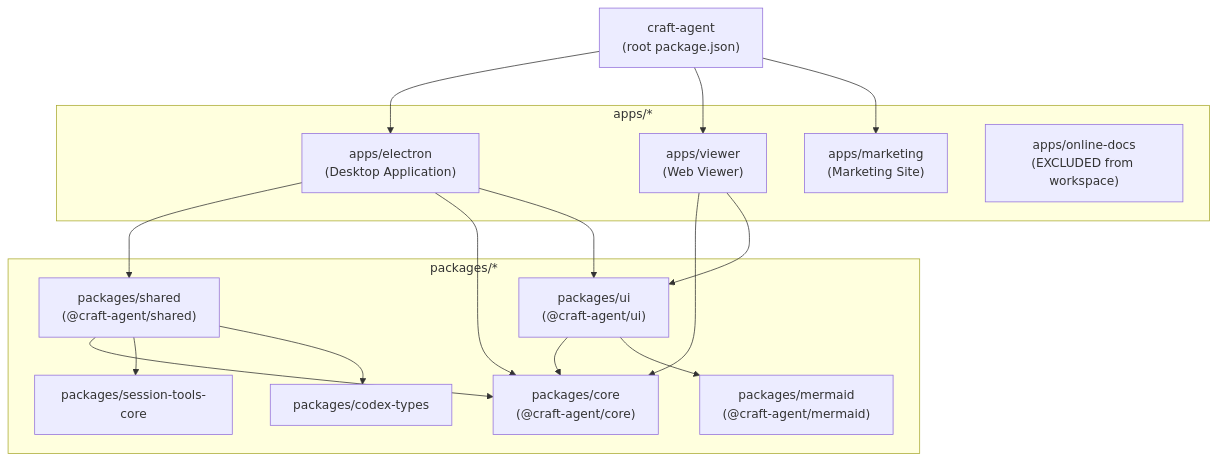
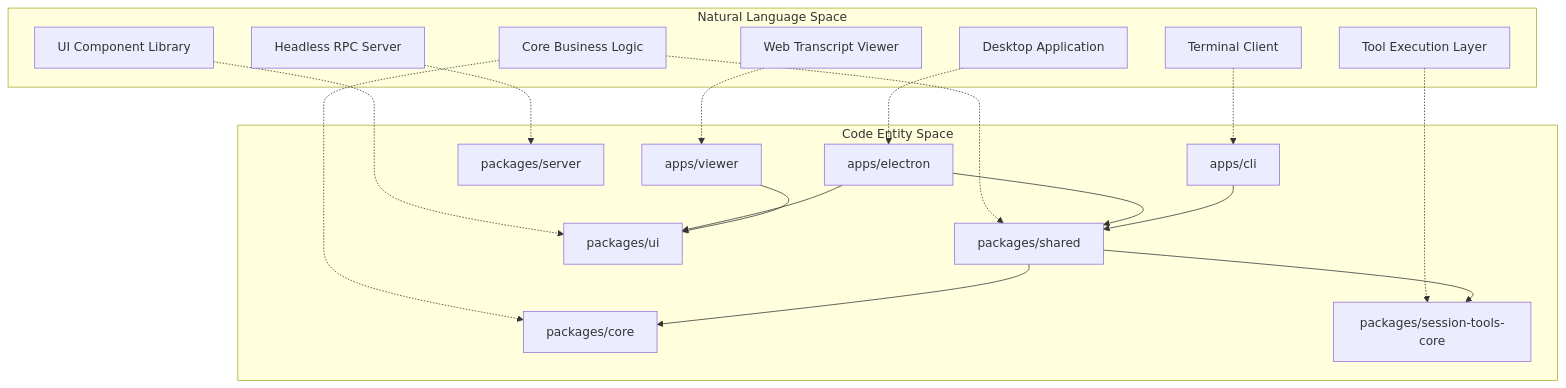
The first of 2 diagrams in docs/lukilabs_craft-agents-oss/development-guide/index.md (blackcater/zentree), drawn with Mermaid before and after one commit. The commit also changed other lines of this file and 232 other files, not shown here.

````diff
--- a/docs/lukilabs_craft-agents-oss/development-guide/index.md
+++ b/docs/lukilabs_craft-agents-oss/development-guide/index.md
@@ -39,38 +45,39 @@
 ```mermaid
 graph TB
-    Root["craft-agent<br/>(root package.json)"]
-
-    subgraph apps ["apps/*"]
-        Electron["apps/electron<br/>(Desktop Application)"]
-        Viewer["apps/viewer<br/>(Web Viewer)"]
-        Marketing["apps/marketing<br/>(Marketing Site)"]
-        OnlineDocs["apps/online-docs<br/>(EXCLUDED from workspace)"]
+    subgraph "Natural Language Space"
+        DesktopApp["Desktop Application"]
+        WebViewer["Web Transcript Viewer"]
+        HeadlessServer["Headless RPC Server"]
+        SharedLogic["Core Business Logic"]
+        UIComponents["UI Component Library"]
+        SessionTools["Tool Execution Layer"]
+        CLITool["Terminal Client"]
     end
 
-    subgraph packages ["packages/*"]
-        Core["packages/core<br/>(@craft-agent/core)"]
-        Shared["packages/shared<br/>(@craft-agent/shared)"]
-        UI["packages/ui<br/>(@craft-agent/ui)"]
-        Mermaid["packages/mermaid<br/>(@craft-agent/mermaid)"]
-        SessionTools["packages/session-tools-core"]
-        CodexTypes["packages/codex-types"]
+    subgraph "Code Entity Space"
+        Electron["apps/electron"]
+        Viewer["apps/viewer"]
+        Server["packages/server"]
+        Core["packages/core"]
+        Shared["packages/shared"]
+        UI["packages/ui"]
+        SessionToolsPkg["packages/session-tools-core"]
+        CLI["apps/cli"]
     end
 
-    Root --> Electron
-    Root --> Viewer
-    Root --> Marketing
+    DesktopApp -.-> Electron
+    WebViewer -.-> Viewer
+    HeadlessServer -.-> Server
+    SharedLogic -.-> Shared
+    SharedLogic -.-> Core
+    UIComponents -.-> UI
+    SessionTools -.-> SessionToolsPkg
+    CLITool -.-> CLI
 
     Electron --> Shared
-    Electron --> Core
     Electron --> UI
-
-    Viewer --> Core
     Viewer --> UI
-
     Shared --> Core
-    Shared --> SessionTools
-    Shared --> CodexTypes
-
-    UI --> Core
-    UI --> Mermaid
+    Shared --> SessionToolsPkg
+    CLI --> Shared
 ```
````
